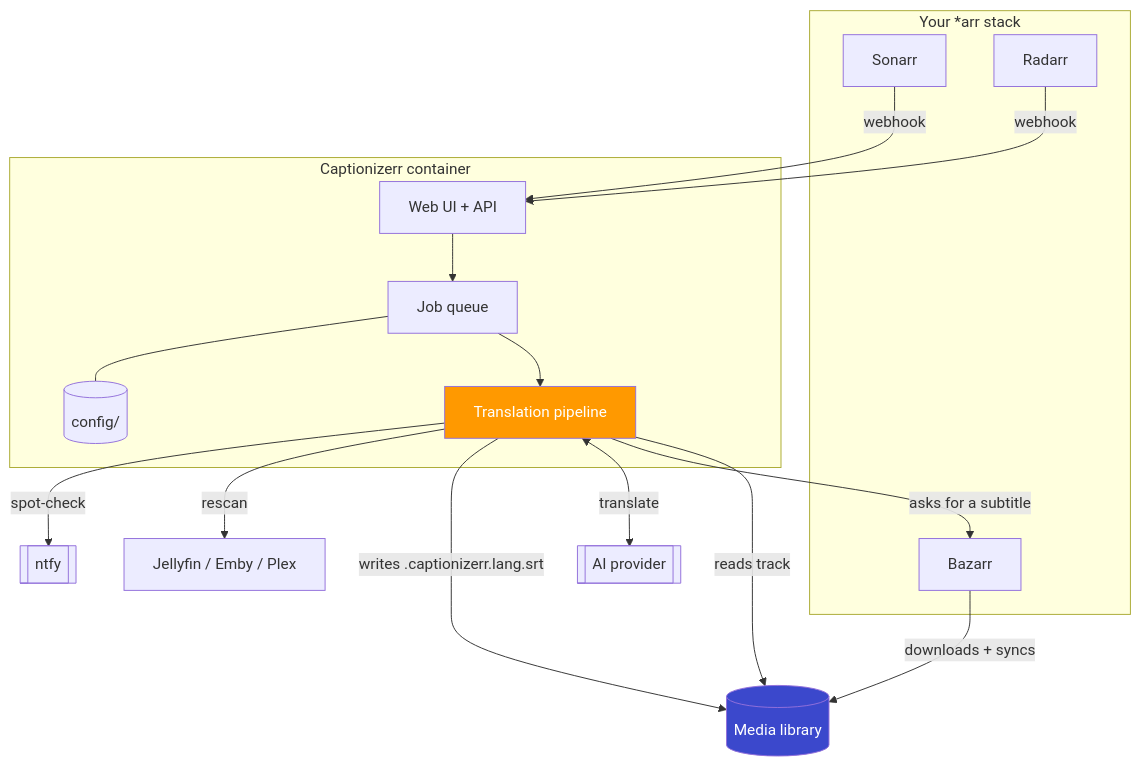
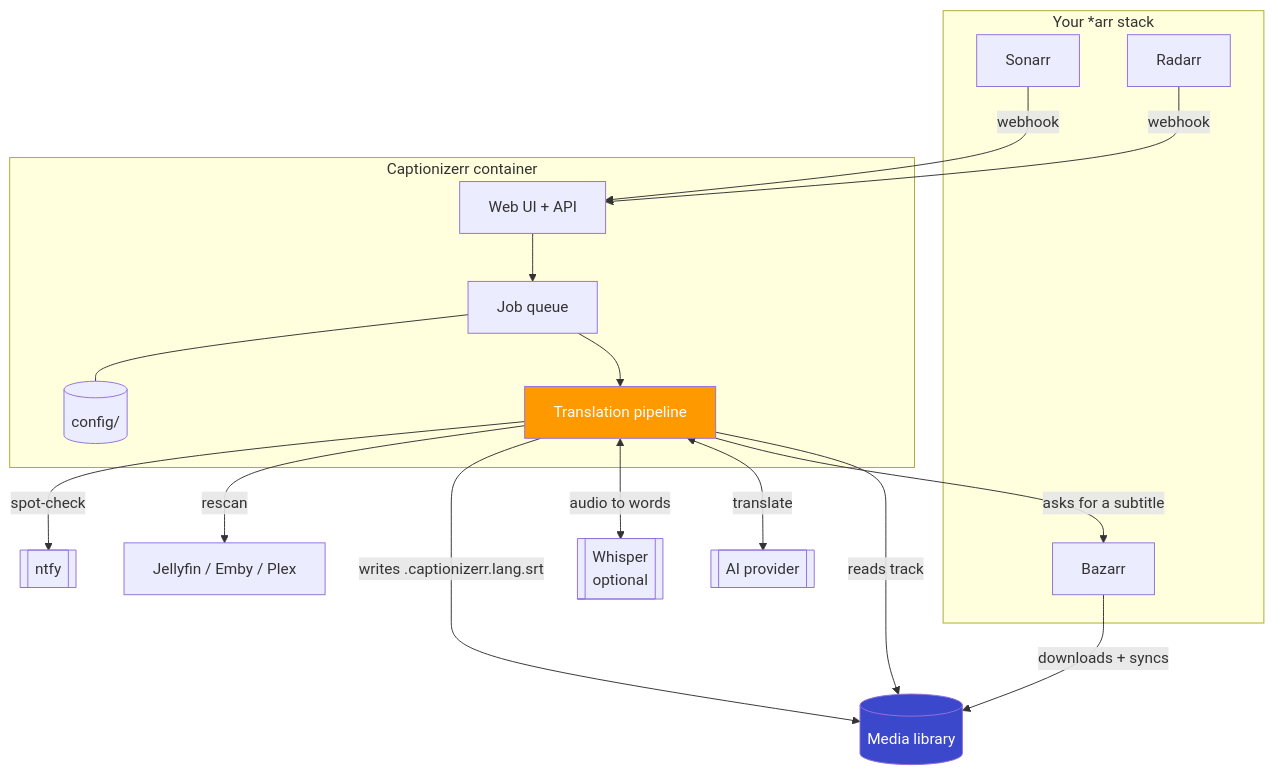
Before and after one commit to captionizerr/captionizerr: the first of 9 diagrams in docs/architecture.md, drawn with Mermaid. The commit also changed other lines of this file and 7 other files, not shown here.

````diff
--- a/docs/architecture.md
+++ b/docs/architecture.md
@@ -7,35 +7,37 @@
 ```mermaid
 flowchart TD
     subgraph Arr["Your *arr stack"]
         S[Sonarr]
         R[Radarr]
         B[Bazarr]
     end
 
     subgraph CZ["Captionizerr container"]
         W[Web UI + API]
         Q[Job queue]
         P[Translation pipeline]
         D[(config/)]
     end
 
     L[(Media library)]
     AI[[AI provider]]
+    WH[[Whisper<br/>optional]]
     M[Jellyfin / Emby / Plex]
     N[[ntfy]]
 
     S -->|webhook| W
     R -->|webhook| W
     W --> Q --> P
     P -->|reads track| L
     P -->|asks for a subtitle| B
     B -->|downloads + syncs| L
     P <-->|translate| AI
+    P <-->|audio to words| WH
     P -->|writes .captionizerr.lang.srt| L
     P -->|rescan| M
     P -->|spot-check| N
     Q --- D
 
     style P fill:#FF9900,color:#fff
     style L fill:#3B48CC,color:#fff
 ```
````
